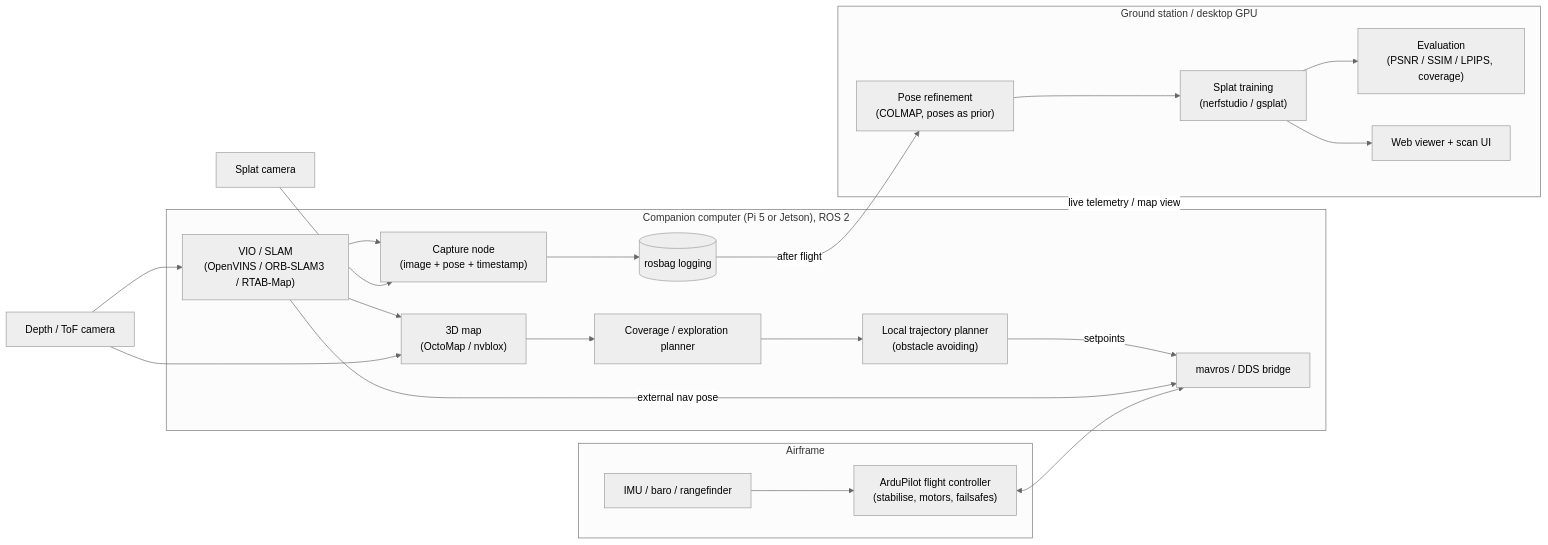
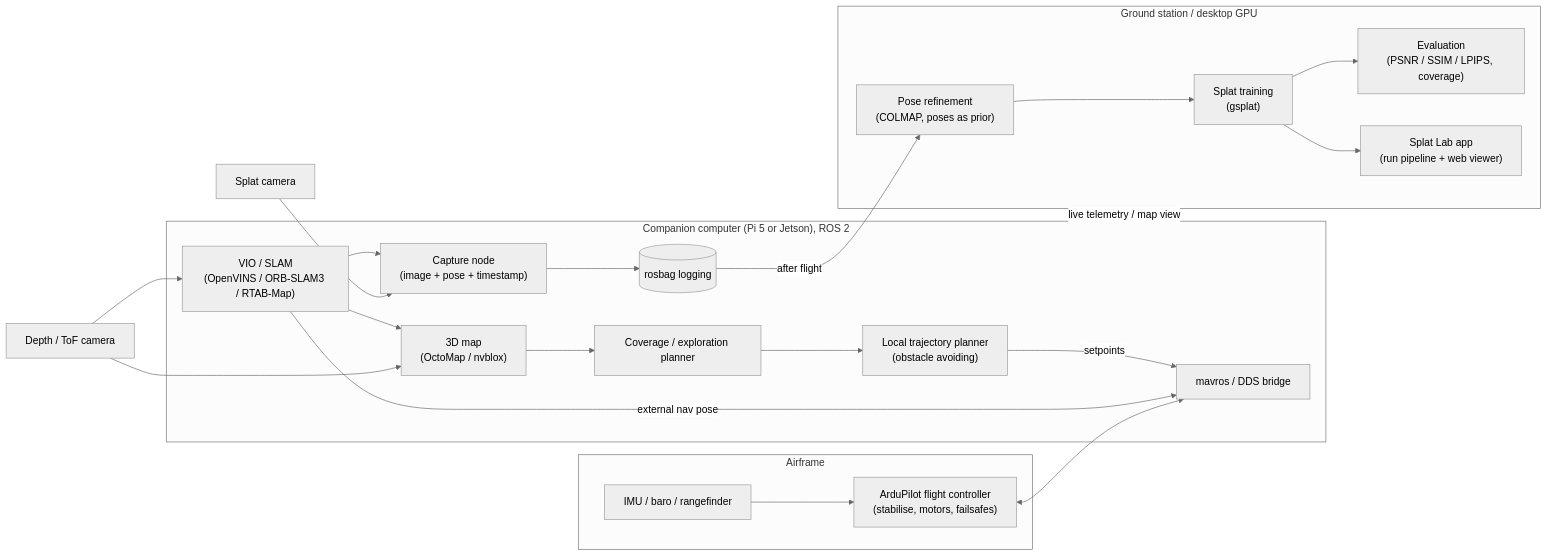
The diagram in BRIEF.md (Niall-x/GauseDrone), drawn with Mermaid (neutral theme) before and after one commit. The commit also changed other lines of this file and 61 other files, not shown here.

First line of the commit message:
Build Splat Lab: pinned env, COLMAP + gsplat pipeline, app and viewer

````diff
--- a/BRIEF.md
+++ b/BRIEF.md
@@ -25,38 +25,38 @@
 ```mermaid
 flowchart LR
   subgraph Drone["Airframe"]
     FC["ArduPilot flight controller<br/>(stabilise, motors, failsafes)"]
     IMU[IMU / baro / rangefinder]
     IMU --> FC
   end
 
   subgraph Companion["Companion computer (Pi 5 or Jetson), ROS 2"]
     BR["mavros / DDS bridge"]
     VIO["VIO / SLAM<br/>(OpenVINS / ORB-SLAM3 / RTAB-Map)"]
     MAP["3D map<br/>(OctoMap / nvblox)"]
     PLAN["Coverage / exploration planner"]
     TRAJ["Local trajectory planner<br/>(obstacle avoiding)"]
     CAP["Capture node<br/>(image + pose + timestamp)"]
     BAG[("rosbag logging")]
   end
 
   DEPTH[Depth / ToF camera] --> VIO
   DEPTH --> MAP
   CAM[Splat camera] --> CAP
   FC <--> BR
   VIO -- "external nav pose" --> BR
   VIO --> MAP --> PLAN --> TRAJ -- "setpoints" --> BR
   VIO --> CAP
   CAP --> BAG
 
   subgraph Ground["Ground station / desktop GPU"]
     SFM["Pose refinement<br/>(COLMAP, poses as prior)"]
-    TRAIN["Splat training<br/>(nerfstudio / gsplat)"]
+    TRAIN["Splat training<br/>(gsplat)"]
     EVAL["Evaluation<br/>(PSNR / SSIM / LPIPS, coverage)"]
-    VIEW["Web viewer + scan UI"]
+    VIEW["Splat Lab app<br/>(run pipeline + web viewer)"]
   end
 
   BAG -- "after flight" --> SFM --> TRAIN --> EVAL
   TRAIN --> VIEW
   Ground -. "live telemetry / map view" .- Companion
 ```
````
